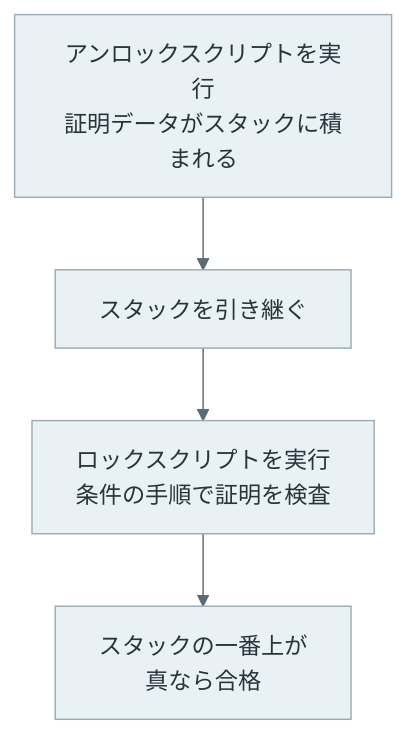
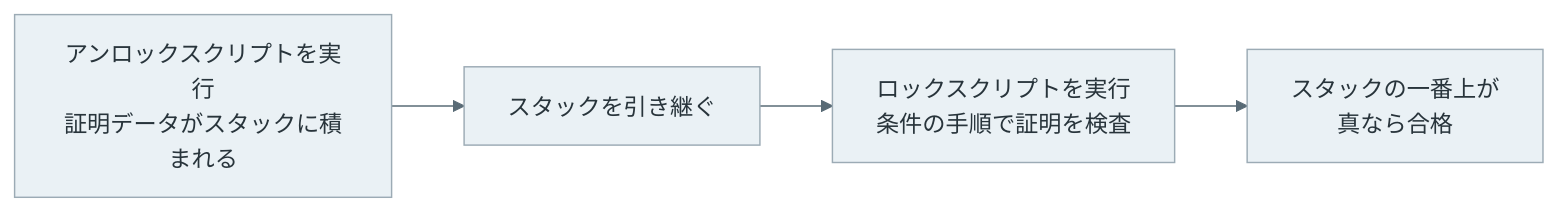
Before and after one commit to nao1215/debimate: the second of 4 diagrams in content/notes/blockchain-systems/bitcoin-script/index.md, drawn with Mermaid. The commit also changed other lines of this file and 32 other files, not shown here.

````diff
--- a/content/notes/blockchain-systems/bitcoin-script/index.md
+++ b/content/notes/blockchain-systems/bitcoin-script/index.md
@@ -73,8 +73,8 @@
 ```mermaid
 %%{init: {"theme":"base","themeVariables":{"primaryColor":"#eaf1f5","primaryTextColor":"#28343b","primaryBorderColor":"#9cabb5","lineColor":"#596b76","textColor":"#28343b","actorBkg":"#eaf1f5","actorBorder":"#9cabb5","actorTextColor":"#28343b","actorLineColor":"#9cabb5","signalColor":"#596b76","signalTextColor":"#28343b","noteBkgColor":"#f7f1e5","noteBorderColor":"#c5b99b","noteTextColor":"#403c32","activationBkgColor":"#edf3ef","activationBorderColor":"#9aafa1"}}}%%
-flowchart TD
+flowchart LR
     A["アンロックスクリプトを実行<br/>証明データがスタックに積まれる"] --> B["スタックを引き継ぐ"]
     B --> C["ロックスクリプトを実行<br/>条件の手順で証明を検査"]
     C --> D["スタックの一番上が<br/>真なら合格"]
     classDef default fill:#eaf1f5,stroke:#9cabb5,color:#28343b;
 ```
````
